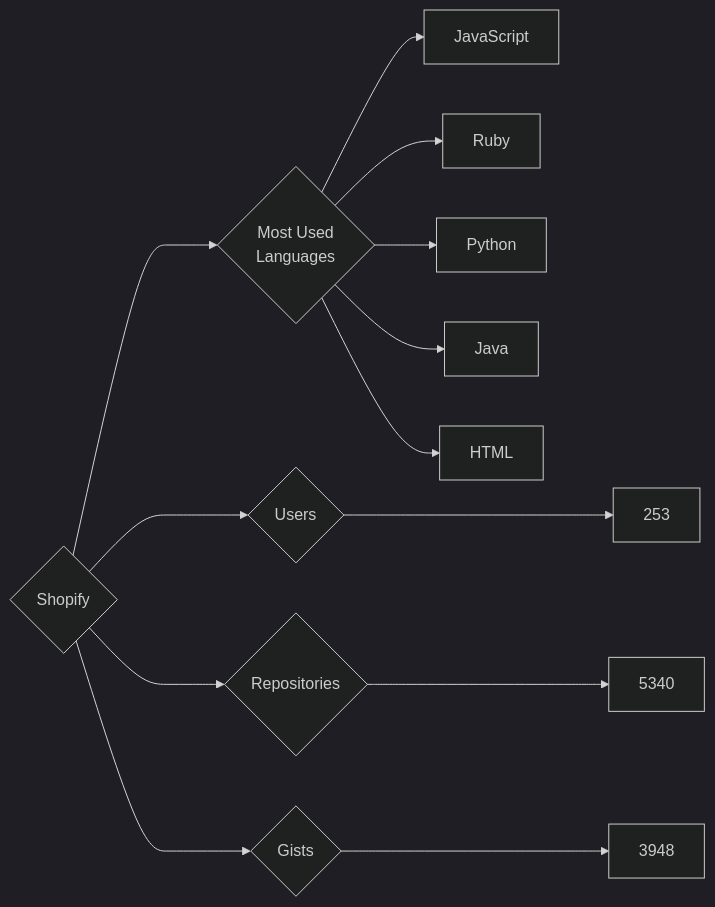
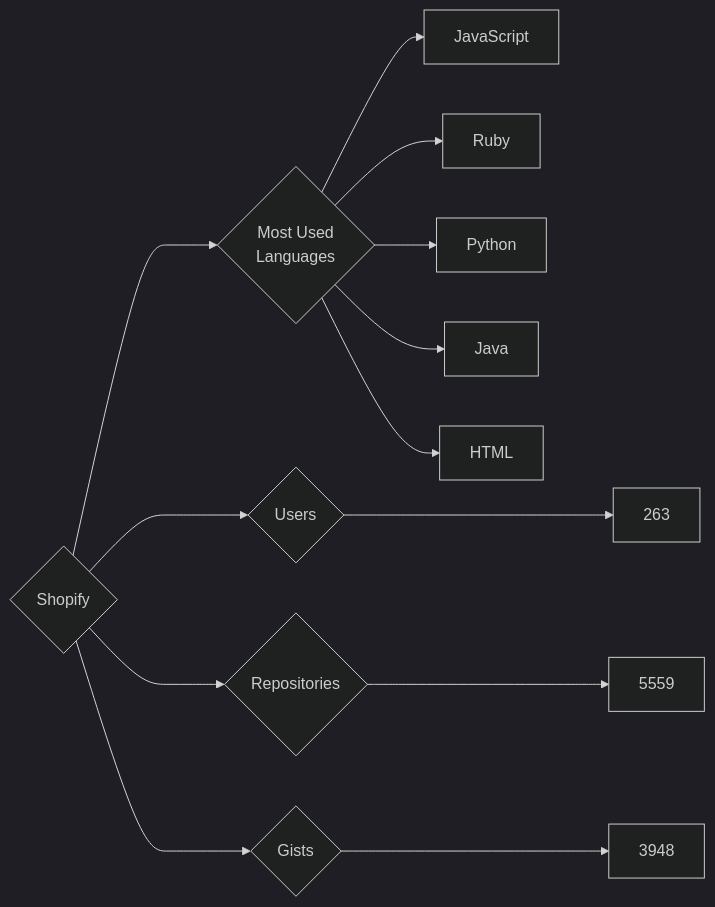
The diagram in targets/Shopify/README.md (trickest/insiders), drawn with Mermaid (dark theme) before and after one commit. The commit also changed 823 other files, not shown here.

````diff
--- a/targets/Shopify/README.md
+++ b/targets/Shopify/README.md
@@ -3,13 +3,13 @@
 ```mermaid
 graph LR
 COMPANY_NAME{Shopify}
-COMPANY_NAME ---> U{Users} ---> UN[253]
-COMPANY_NAME ---> R{Repositories} ---> RN[5340]
+COMPANY_NAME ---> U{Users} ---> UN[263]
+COMPANY_NAME ---> R{Repositories} ---> RN[5559]
 COMPANY_NAME ---> G{Gists} ---> GN[3948]
 COMPANY_NAME ---> ML{Most Used<br>Languages}
 ML --> JavaScript[JavaScript]
 ML --> Ruby[Ruby]
 ML --> Python[Python]
 ML --> Java[Java]
 ML --> HTML[HTML]
 ```
````
